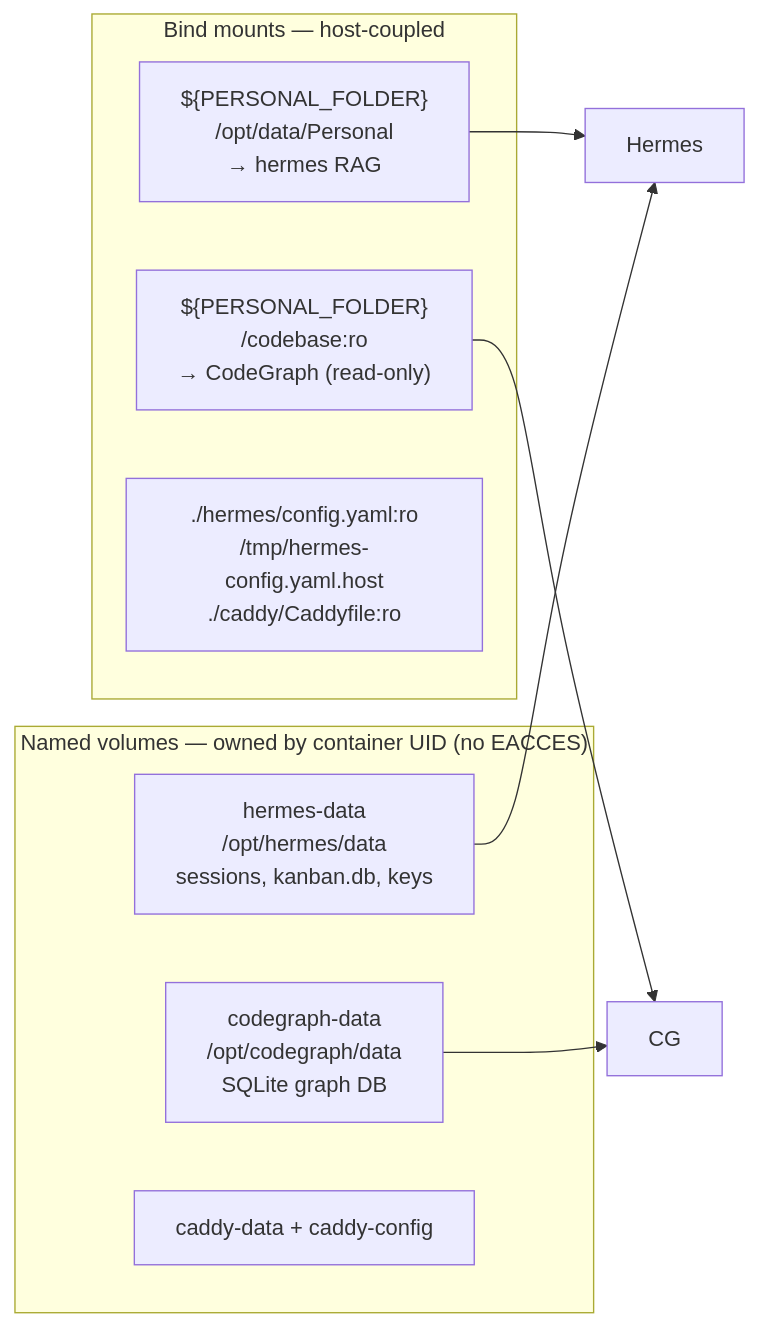
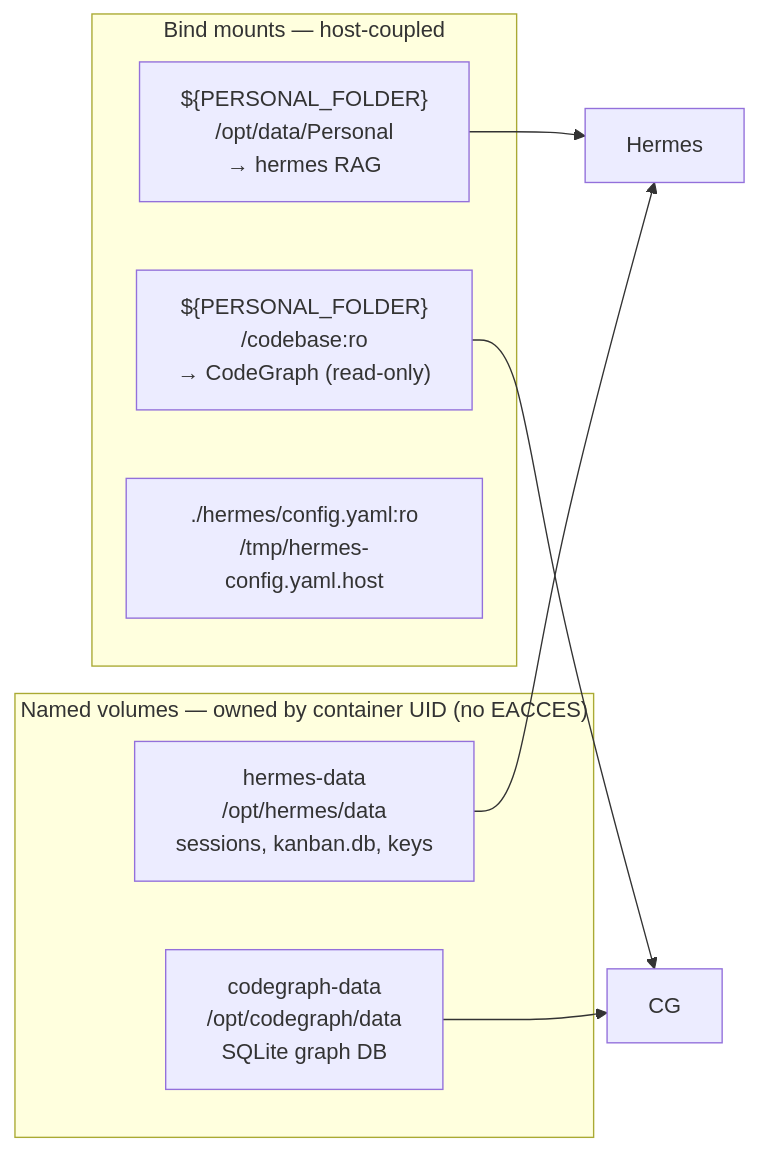
The second of 4 diagrams in docs/BLUEPRINT.md (ayedaemon/pai-stack), drawn with Mermaid before and after one commit. The commit also changed other lines of this file and 34 other files, not shown here.

````diff
--- a/docs/BLUEPRINT.md
+++ b/docs/BLUEPRINT.md
@@ -95,17 +94,16 @@
 ```mermaid
 flowchart LR
     subgraph Volumes["Named volumes — owned by container UID (no EACCES)"]
         V1["hermes-data<br/>/opt/hermes/data<br/>sessions, kanban.db, keys"]
         V2["codegraph-data<br/>/opt/codegraph/data<br/>SQLite graph DB"]
-        V3["caddy-data + caddy-config"]
     end
     subgraph Binds["Bind mounts — host-coupled"]
         B1["${PERSONAL_FOLDER}<br/>/opt/data/Personal<br/>→ hermes RAG"]
         B2["${PERSONAL_FOLDER}<br/>/codebase:ro<br/>→ CodeGraph (read-only)"]
-        B3["./hermes/config.yaml:ro<br/>/tmp/hermes-config.yaml.host<br/>./caddy/Caddyfile:ro"]
+        B3["./hermes/config.yaml:ro<br/>/tmp/hermes-config.yaml.host"]
     end
     B1 --> Hermes
     B2 --> CG
     V1 --> Hermes
     V2 --> CG
 ```
````
